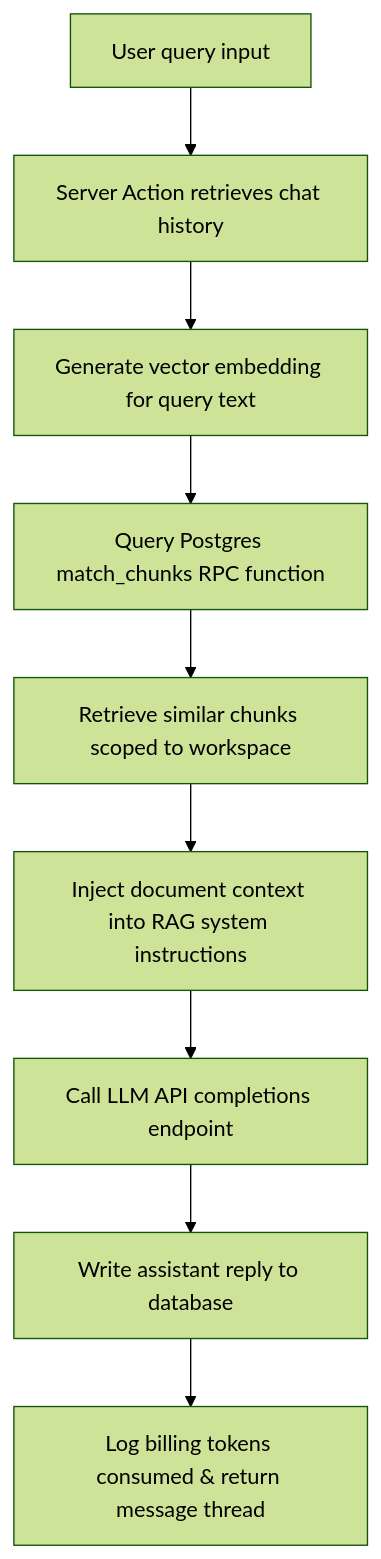
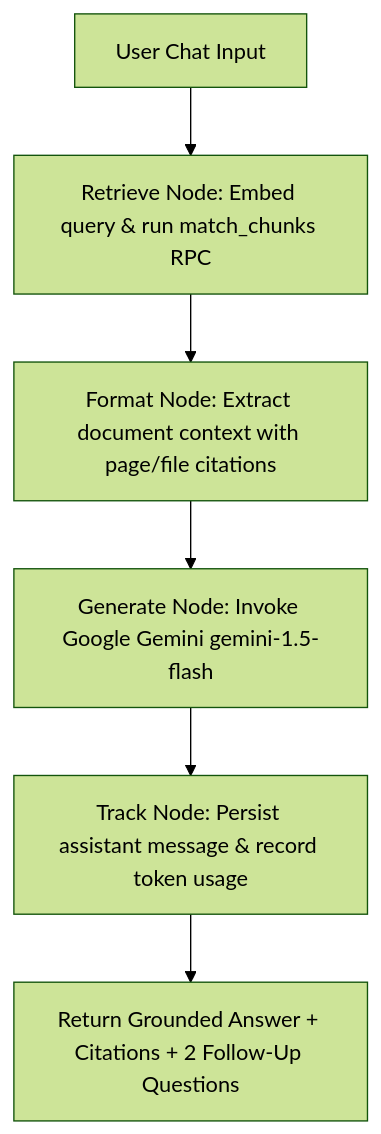
Before and after one commit to madalapranavsai/RAG1: the second of 2 diagrams in README.md, drawn with Mermaid (forest theme). The commit also changed other lines of this file and 80 other files, not shown here.

````diff
--- a/README.md
+++ b/README.md
@@ -29,11 +29,8 @@
 ```mermaid
 flowchart TD
-    A[User query input] --> B[Server Action retrieves chat history]
-    B --> C[Generate vector embedding for query text]
-    C --> D[Query Postgres match_chunks RPC function]
-    D --> E[Retrieve similar chunks scoped to workspace]
-    E --> F[Inject document context into RAG system instructions]
-    F --> G[Call LLM API completions endpoint]
-    G --> H[Write assistant reply to database]
-    H --> I[Log billing tokens consumed & return message thread]
+    A[User Chat Input] --> B[Retrieve Node: Embed query & run match_chunks RPC]
+    B --> C[Format Node: Extract document context with page/file citations]
+    C --> D[Generate Node: Invoke Google Gemini gemini-1.5-flash]
+    D --> E[Track Node: Persist assistant message & record token usage]
+    E --> F[Return Grounded Answer + Citations + 2 Follow-Up Questions]
 ```
````
